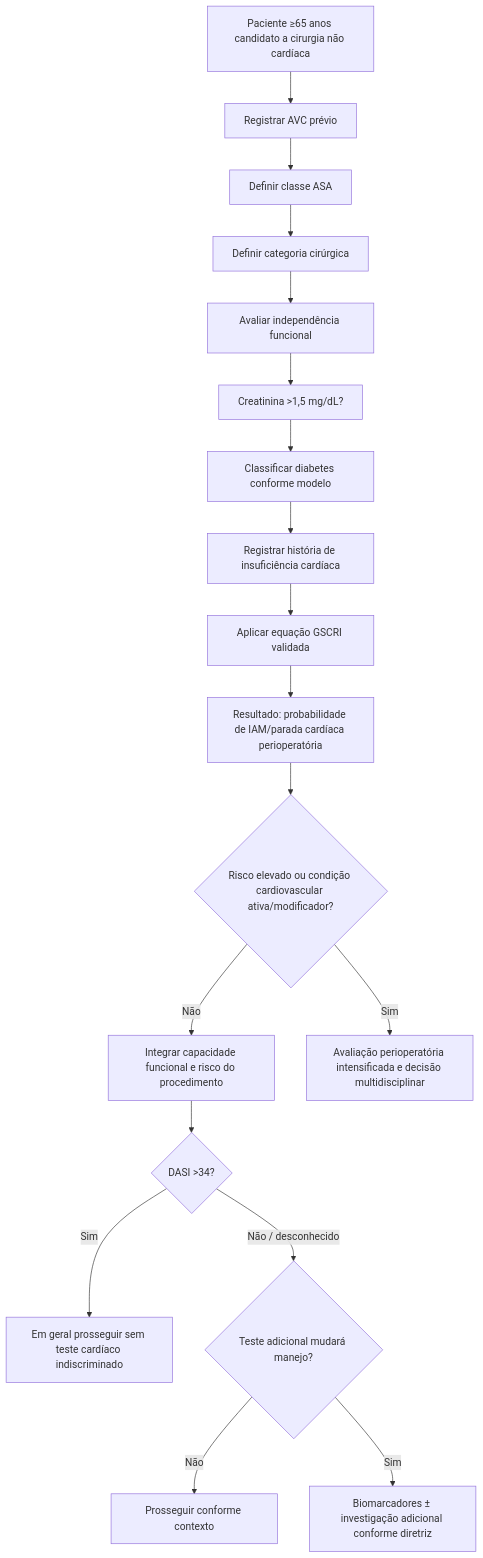
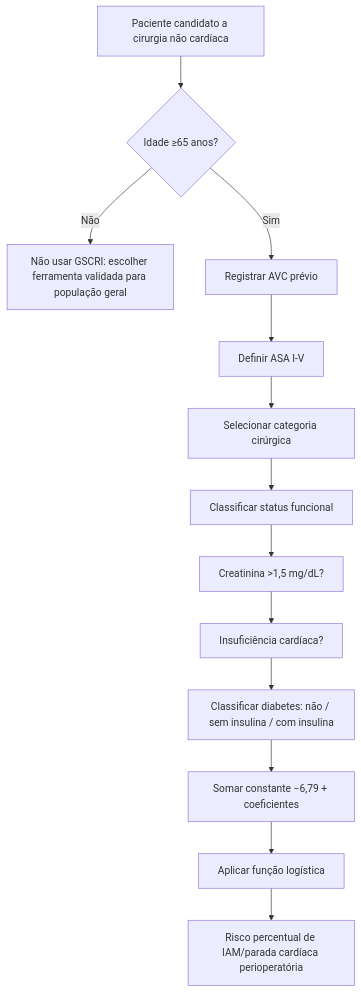
The first of 2 diagrams in content/Perioperatório/gscri-risco-cardiaco-geriatrico-pre-operatorio.md (rafaelpaesmeirelles/MeuCardio), drawn with Mermaid before and after one commit. The commit also changed other lines of this file, not shown here.

First line of the commit message:
conteudo: habilita cálculo GSCRI e documenta coeficientes originais

````diff
--- a/content/Perioperatório/gscri-risco-cardiaco-geriatrico-pre-operatorio.md
+++ b/content/Perioperatório/gscri-risco-cardiaco-geriatrico-pre-operatorio.md
@@ -34,20 +77,15 @@
 ```mermaid
 flowchart TD
-    A["Paciente ≥65 anos candidato a cirurgia não cardíaca"] --> B["Registrar AVC prévio"]
-    B --> C["Definir classe ASA"]
-    C --> D["Definir categoria cirúrgica"]
-    D --> E["Avaliar independência funcional"]
-    E --> F["Creatinina >1,5 mg/dL?"]
-    F --> G["Classificar diabetes conforme modelo"]
-    G --> H["Registrar história de insuficiência cardíaca"]
-    H --> I["Aplicar equação GSCRI validada"]
-    I --> J["Resultado: probabilidade de IAM/parada cardíaca perioperatória"]
-    J --> K{"Risco elevado ou condição cardiovascular ativa/modificador?"}
-    K -->|"Não"| L["Integrar capacidade funcional e risco do procedimento"]
-    K -->|"Sim"| M["Avaliação perioperatória intensificada e decisão multidisciplinar"]
-    L --> N{"DASI >34?"}
-    N -->|"Sim"| O["Em geral prosseguir sem teste cardíaco indiscriminado"]
-    N -->|"Não / desconhecido"| P{"Teste adicional mudará manejo?"}
-    P -->|"Não"| Q["Prosseguir conforme contexto"]
-    P -->|"Sim"| R["Biomarcadores ± investigação adicional conforme diretriz"]
+    A["Paciente candidato a cirurgia não cardíaca"] --> B{"Idade ≥65 anos?"}
+    B -->|"Não"| C["Não usar GSCRI: escolher ferramenta validada para população geral"]
+    B -->|"Sim"| D["Registrar AVC prévio"]
+    D --> E["Definir ASA I-V"]
+    E --> F["Selecionar categoria cirúrgica"]
+    F --> G["Classificar status funcional"]
+    G --> H["Creatinina >1,5 mg/dL?"]
+    H --> I["Insuficiência cardíaca?"]
+    I --> J["Classificar diabetes: não / sem insulina / com insulina"]
+    J --> K["Somar constante −6,79 + coeficientes"]
+    K --> L["Aplicar função logística"]
+    L --> M["Risco percentual de IAM/parada cardíaca perioperatória"]
 ```
````
